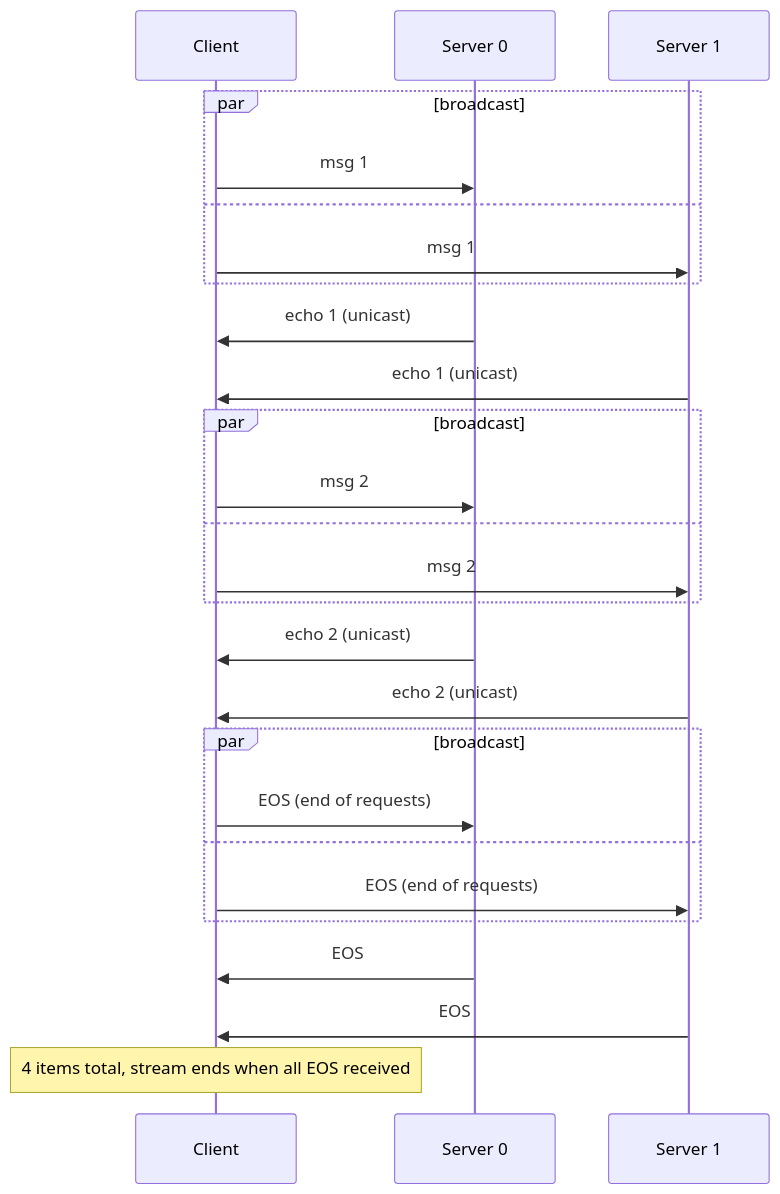
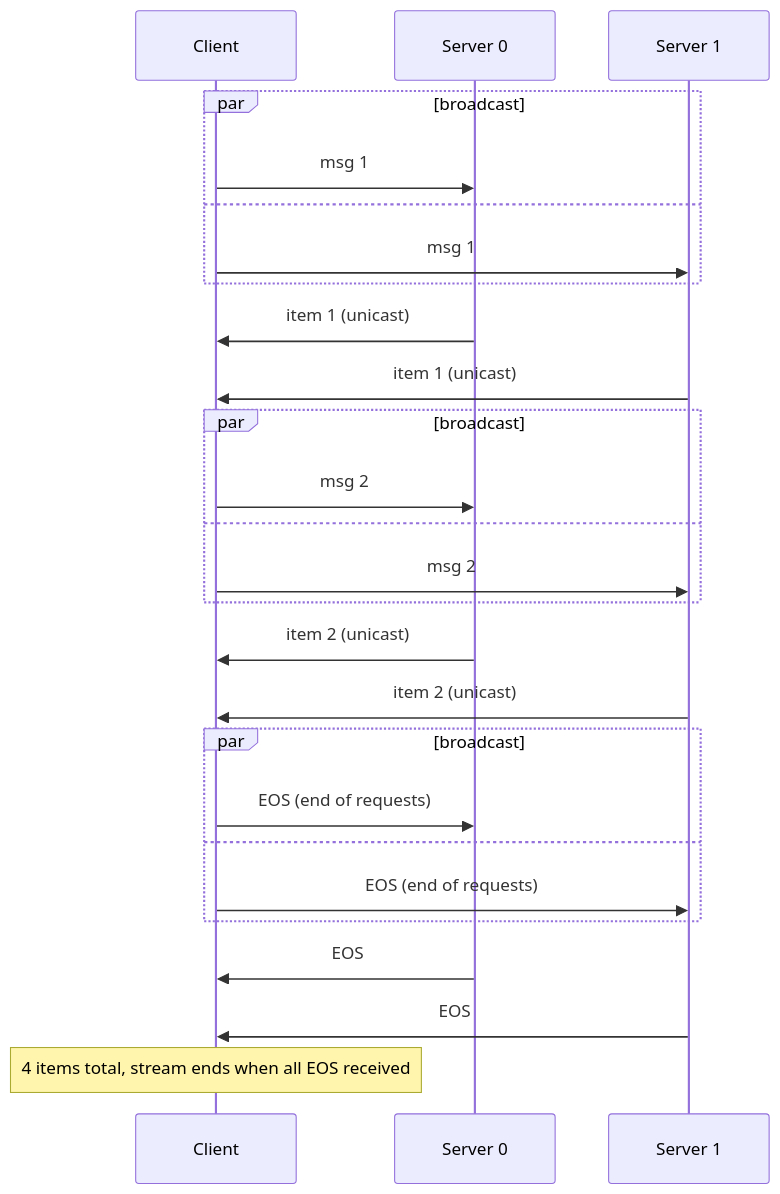
Before and after one commit to agntcy/blogs: the fifth of 6 diagrams in _posts/2026-03-30-slimrpc-multicast.md, drawn with Mermaid. The commit also changed other lines of this file, not shown here.

````diff
--- a/_posts/2026-03-30-slimrpc-multicast.md
+++ b/_posts/2026-03-30-slimrpc-multicast.md
@@ -262,35 +269,35 @@
 ```mermaid
 sequenceDiagram
     participant C as Client
     participant M0 as Server 0
     participant M1 as Server 1
 
     par broadcast
         C->>M0: msg 1
     and
         C->>M1: msg 1
     end
 
-    M0->>C: echo 1 (unicast)
-    M1->>C: echo 1 (unicast)
+    M0->>C: item 1 (unicast)
+    M1->>C: item 1 (unicast)
 
     par broadcast
         C->>M0: msg 2
     and
         C->>M1: msg 2
     end
 
-    M0->>C: echo 2 (unicast)
-    M1->>C: echo 2 (unicast)
+    M0->>C: item 2 (unicast)
+    M1->>C: item 2 (unicast)
 
     par broadcast
         C->>M0: EOS (end of requests)
     and
         C->>M1: EOS (end of requests)
     end
 
     M0->>C: EOS
     M1->>C: EOS
 
     Note over C: 4 items total, stream ends when all EOS received
 ```
````
